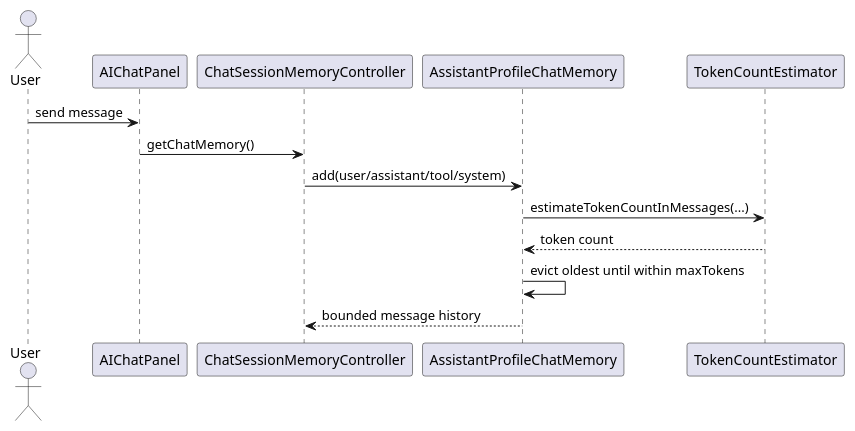
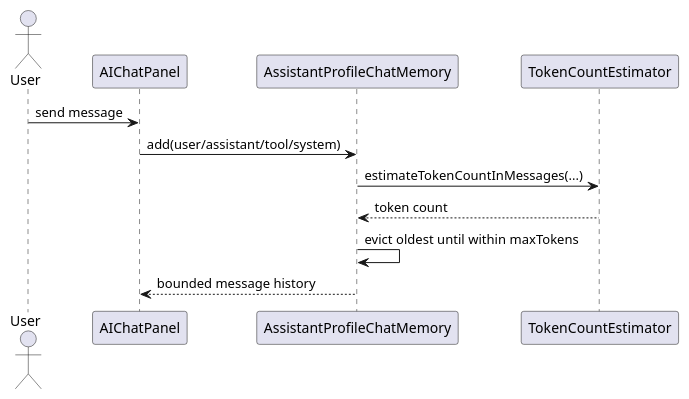
The first of 2 diagrams in ai-specs/tasks/backlog/token-based-chat-memory-window.md (guoranjun2/nexordia), drawn with PlantUML before and after one commit. The commit also changed other lines of this file and 18 other files, not shown here.

````diff
--- a/ai-specs/tasks/backlog/token-based-chat-memory-window.md
+++ b/ai-specs/tasks/backlog/token-based-chat-memory-window.md
@@ -46,17 +46,15 @@
   ```plantuml
   @startuml
   actor User
   participant "AIChatPanel" as ChatPanel
-  participant "ChatSessionMemoryController" as MemoryController
   participant "AssistantProfileChatMemory" as Memory
   participant "TokenCountEstimator" as Estimator
 
   User -> ChatPanel : send message
-  ChatPanel -> MemoryController : getChatMemory()
-  MemoryController -> Memory : add(user/assistant/tool/system)
+  ChatPanel -> Memory : add(user/assistant/tool/system)
   Memory -> Estimator : estimateTokenCountInMessages(...)
   Estimator --> Memory : token count
   Memory -> Memory : evict oldest until within maxTokens
-  Memory --> MemoryController : bounded message history
+  Memory --> ChatPanel : bounded message history
   @enduml
   ```
````
